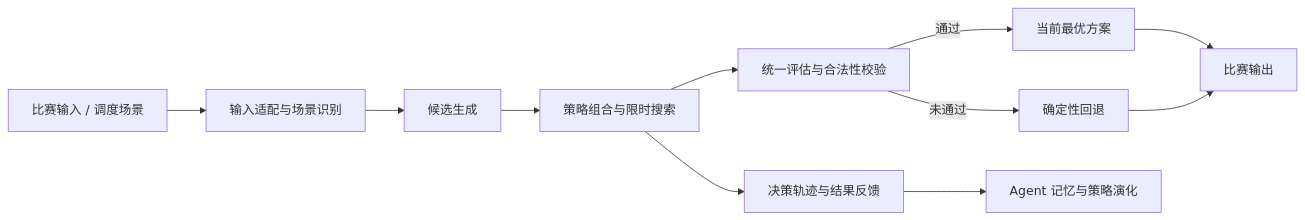
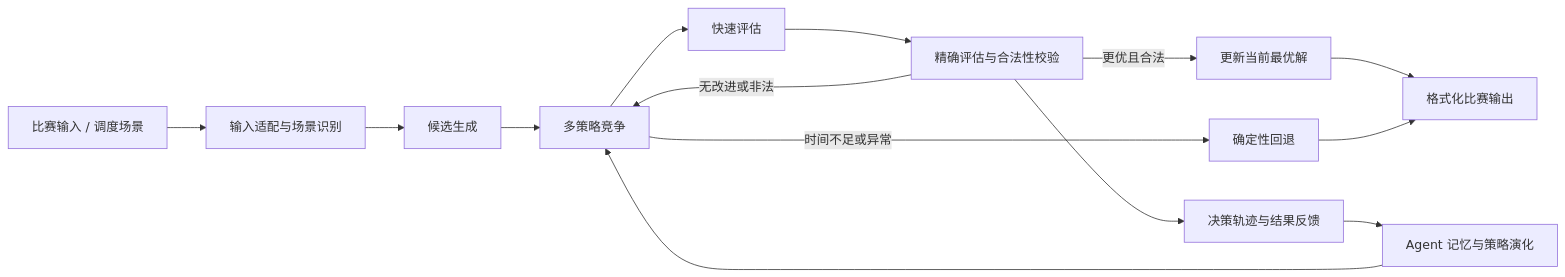
Before and after one commit to XxJjTt6/AutoSolver: the diagram in README.md, drawn with Mermaid. The commit also changed other lines of this file, not shown here.

````diff
--- a/README.md
+++ b/README.md
@@ -23,13 +90,16 @@
 ```mermaid
 flowchart LR
     A[比赛输入 / 调度场景] --> B[输入适配与场景识别]
     B --> C[候选生成]
-    C --> D[策略组合与限时搜索]
-    D --> E[统一评估与合法性校验]
-    E -->|通过| F[当前最优方案]
-    E -->|未通过| G[确定性回退]
-    F --> H[比赛输出]
-    G --> H
-    D --> I[决策轨迹与结果反馈]
-    I --> J[Agent 记忆与策略演化]
+    C --> D[多策略竞争]
+    D --> E[快速评估]
+    E --> F[精确评估与合法性校验]
+    F -->|更优且合法| G[更新当前最优解]
+    F -->|无改进或非法| D
+    G --> H[格式化比赛输出]
+    D -->|时间不足或异常| I[确定性回退]
+    I --> H
+    F --> J[决策轨迹与结果反馈]
+    J --> K[Agent 记忆与策略演化]
+    K --> D
 ```
````
